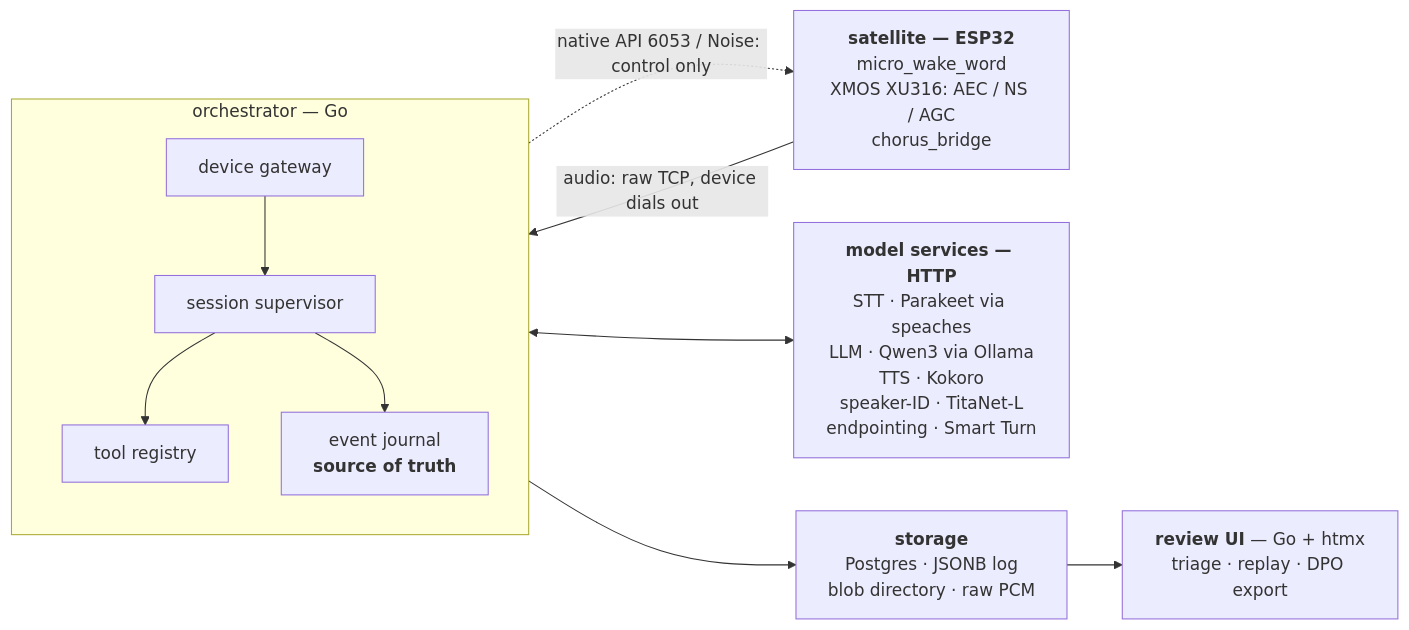
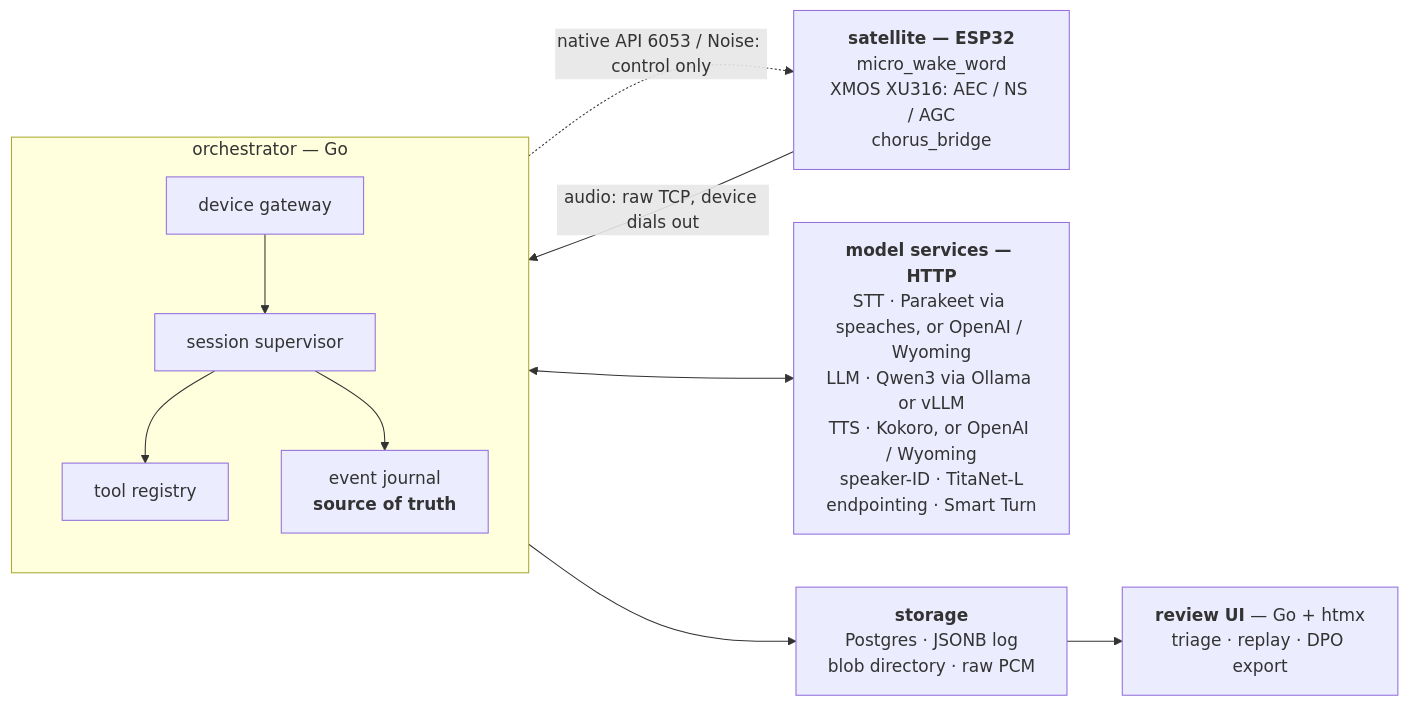
One commit to Teagan42/Chorus changed the diagram in README.md. Above: the diagram before and after it, drawn with Mermaid. The commit also changed other lines of this file and 11 other files, not shown here.

````diff
--- a/README.md
+++ b/README.md
@@ -77,20 +80,20 @@
 ```mermaid
 flowchart LR
     SAT["<b>satellite — ESP32</b><br/>micro_wake_word<br/>XMOS XU316: AEC / NS / AGC<br/>chorus_bridge"]
 
     subgraph ORCH["orchestrator — Go"]
         direction TB
         GW["device gateway"] --> SUP["session supervisor"]
         SUP --> REG["tool registry"]
         SUP --> JRN["event journal<br/><b>source of truth</b>"]
     end
 
-    SIDE["<b>model services — HTTP</b><br/>STT · Parakeet via speaches<br/>LLM · Qwen3 via Ollama<br/>TTS · Kokoro<br/>speaker-ID · TitaNet-L<br/>endpointing · Smart Turn"]
+    SIDE["<b>model services — HTTP</b><br/>STT · Parakeet via speaches, or OpenAI / Wyoming<br/>LLM · Qwen3 via Ollama or vLLM<br/>TTS · Kokoro, or OpenAI / Wyoming<br/>speaker-ID · TitaNet-L<br/>endpointing · Smart Turn"]
     STORE["<b>storage</b><br/>Postgres · JSONB log<br/>blob directory · raw PCM"]
     UI["<b>review UI</b> — Go + htmx<br/>triage · replay · DPO export"]
 
     SAT -- "audio: raw TCP, device dials out" --> GW
     GW -. "native API 6053 / Noise: control only" .-> SAT
     SUP <--> SIDE
     JRN --> STORE --> UI
 ```
````
